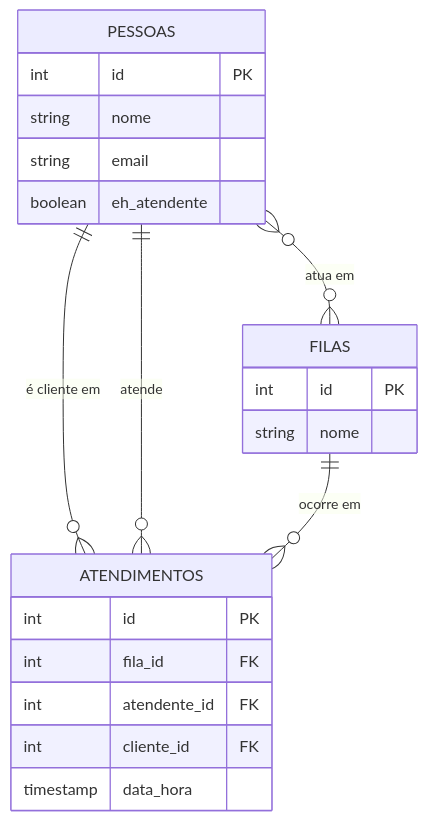
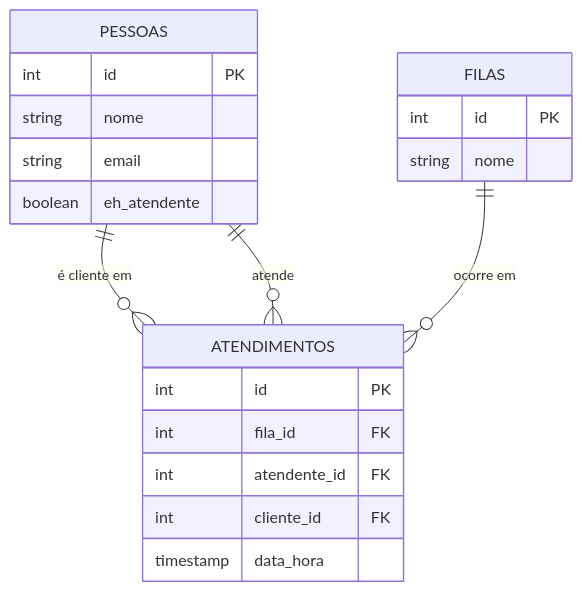
The diagram in README.md (BrunoNunes07/Banco-de-Dados-sistema-atendimento-db), drawn with Mermaid before and after one commit. The commit also changed other lines of this file and 6 other files, not shown here.

````diff
--- a/README.md
+++ b/README.md
@@ -11,25 +13,24 @@
 ```mermaid
 erDiagram
     PESSOAS ||--o{ ATENDIMENTOS : "é cliente em"
     PESSOAS ||--o{ ATENDIMENTOS : "atende"
     FILAS ||--o{ ATENDIMENTOS : "ocorre em"
-    PESSOAS }o--o{ FILAS : "atua em"
 
     PESSOAS {
         int id PK
         string nome
         string email
         boolean eh_atendente
     }
     FILAS {
         int id PK
         string nome
     }
     ATENDIMENTOS {
         int id PK
         int fila_id FK
         int atendente_id FK
         int cliente_id FK
         timestamp data_hora
     }
 ```
````
